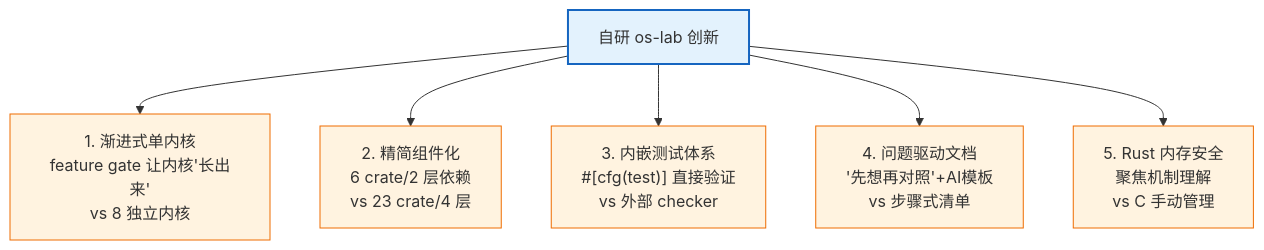
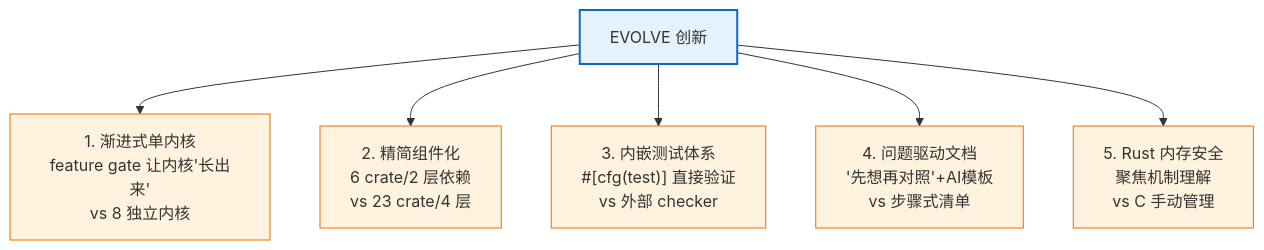
Before and after one commit to AM-SuSh/EVOLVE: the third of 4 diagrams in os-lab/docs/comparison.md, drawn with Mermaid. The commit also changed other lines of this file and 23 other files, not shown here.

````diff
--- a/os-lab/docs/comparison.md
+++ b/os-lab/docs/comparison.md
@@ -124,14 +124,14 @@
 ```mermaid
 graph TD
-    O["自研 os-lab 创新"]
+    O["EVOLVE 创新"]
     O --> I1["1. 渐进式单内核<br/>feature gate 让内核'长出来'<br/>vs 8 独立内核"]
     O --> I2["2. 精简组件化<br/>6 crate/2 层依赖<br/>vs 23 crate/4 层"]
     O --> I3["3. 内嵌测试体系<br/>#[cfg(test)] 直接验证<br/>vs 外部 checker"]
     O --> I4["4. 问题驱动文档<br/>'先想再对照'+AI模板<br/>vs 步骤式清单"]
     O --> I5["5. Rust 内存安全<br/>聚焦机制理解<br/>vs C 手动管理"]
 
     classDef root fill:#e3f2fd,stroke:#1565c0,stroke-width:2px;
     classDef innov fill:#fff3e0,stroke:#ef6c00;
     class O root;
     class I1,I2,I3,I4,I5 innov;
 ```
````
